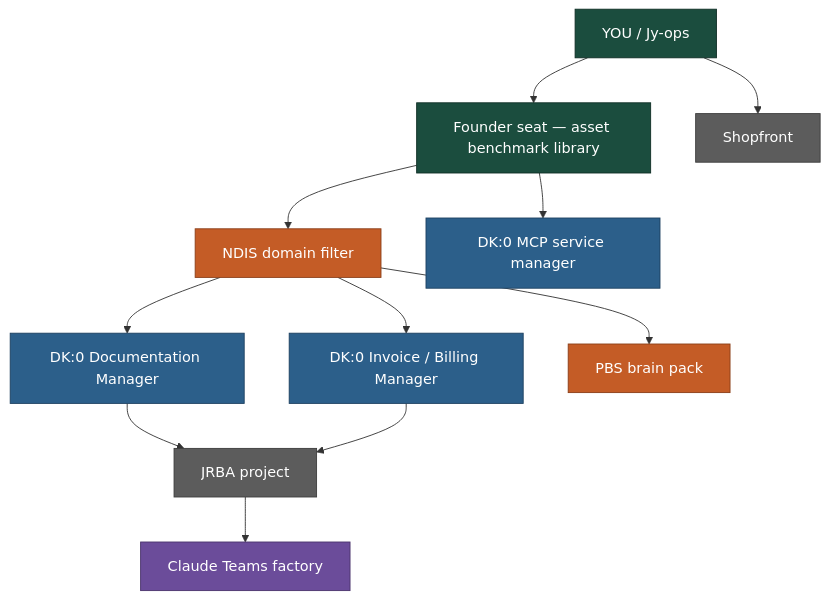
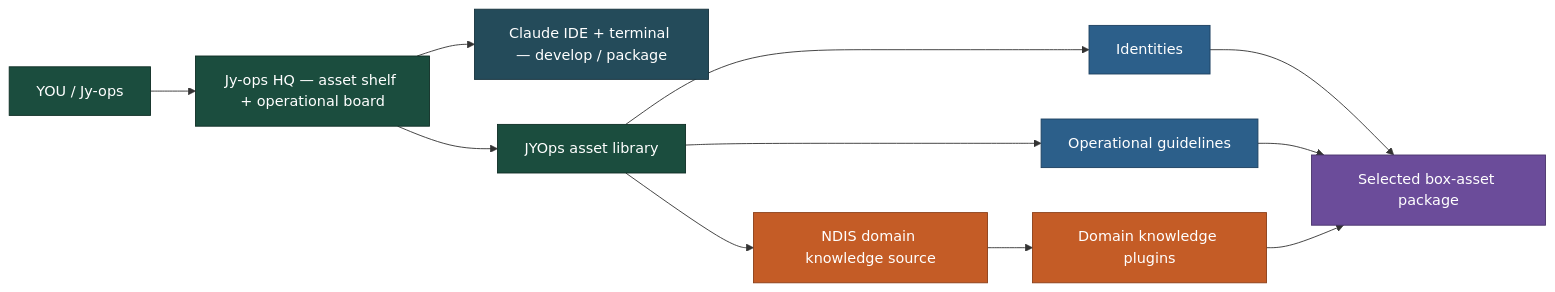
One commit to blautown/HQ changed the first of 3 diagrams in map.md. Above: the diagram before and after it, drawn with Mermaid. The commit also changed other lines of this file and 25 other files, not shown here.

````diff
--- a/map.md
+++ b/map.md
@@ -25,30 +29,29 @@
 ```mermaid
-flowchart TD
+flowchart LR
+  you["YOU / Jy-ops"]:::you
+  hq["Jy-ops HQ — asset shelf + operational board"]:::you
+  claude["Claude IDE + terminal — develop / package"]:::ops
+  library["JYOps asset library"]:::you
+  identities["Identities"]:::dk0
+  guidelines["Operational guidelines"]:::dk0
+  domain["NDIS domain knowledge source"]:::ndis
+  plugins["Domain knowledge plugins"]:::ndis
+  package["Selected box-asset package"]:::factory
+
   classDef you fill:#1B4D3E,stroke:#0F2E25,color:#FFFFFF
   classDef ndis fill:#C45C26,stroke:#8A3E18,color:#FFFFFF
   classDef dk0 fill:#2C5F8A,stroke:#1D4060,color:#FFFFFF
-  classDef grey fill:#5C5C5C,stroke:#3D3D3D,color:#FFFFFF
   classDef factory fill:#6B4C9A,stroke:#4A346C,color:#FFFFFF
+  classDef ops fill:#244B5A,stroke:#17333E,color:#FFFFFF
 
-  you["YOU / Jy-ops"]:::you
-  bench["Founder seat — asset benchmark library"]:::you
-  filter["NDIS domain filter"]:::ndis
-  doc["DK:0 Documentation Manager"]:::dk0
-  rec["DK:0 Invoice / Billing Manager"]:::dk0
-  mcp["DK:0 MCP service manager"]:::dk0
-  pbs["PBS brain pack"]:::ndis
-  jrba["JRBA project"]:::grey
-  teams["Claude Teams factory"]:::factory
-  shop["Shopfront"]:::grey
-
-  you --> bench
-  you --> shop
-  bench --> mcp
-  bench --> filter
-  filter --> doc
-  filter --> rec
-  filter --> pbs
-  doc --> jrba
-  rec --> jrba
-  jrba --> teams
+  you --> hq
+  hq --> claude
+  hq --> library
+  library --> identities
+  library --> guidelines
+  library --> domain
+  domain --> plugins
+  identities --> package
+  guidelines --> package
+  plugins --> package
 ```
````
